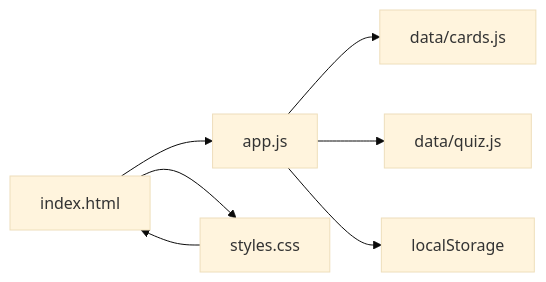
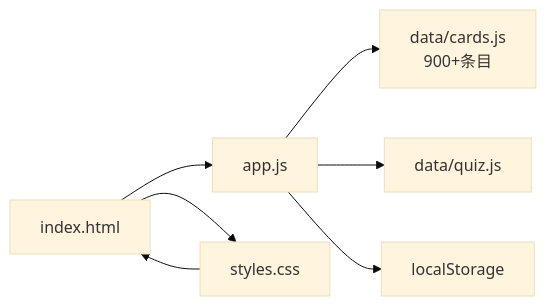
The sixth of 6 diagrams in .qoder/repowiki/zh/content/核心功能/词库浏览.md (lukefun/wenyanbai-demo-v2), drawn with Mermaid (base theme) before and after one commit. The commit also changed other lines of this file and 6 other files, not shown here.

````diff
--- a/.qoder/repowiki/zh/content/核心功能/词库浏览.md
+++ b/.qoder/repowiki/zh/content/核心功能/词库浏览.md
@@ -242,9 +264,9 @@
 ```mermaid
 graph LR
 HTML["index.html"] --> JS["app.js"]
-JS --> CARDS["data/cards.js"]
+JS --> CARDS["data/cards.js<br/>900+条目"]
 JS --> QUIZ["data/quiz.js"]
 JS --> LS["localStorage"]
 HTML --> CSS["styles.css"]
 CSS --> HTML
 ```
````
